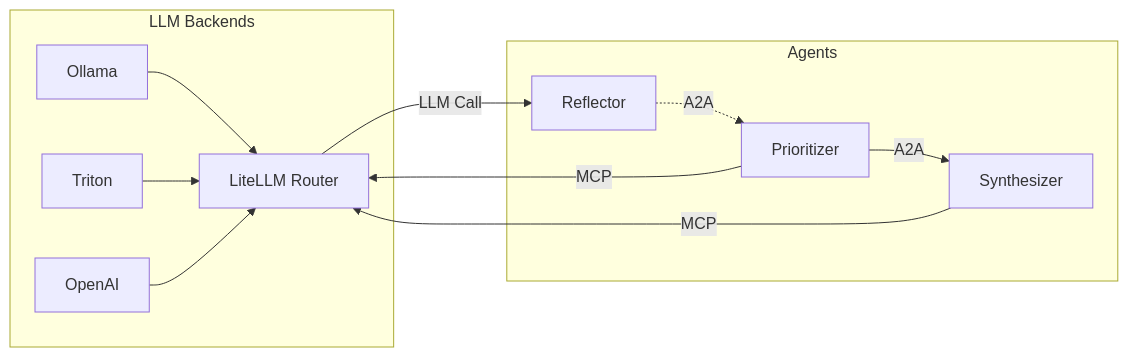
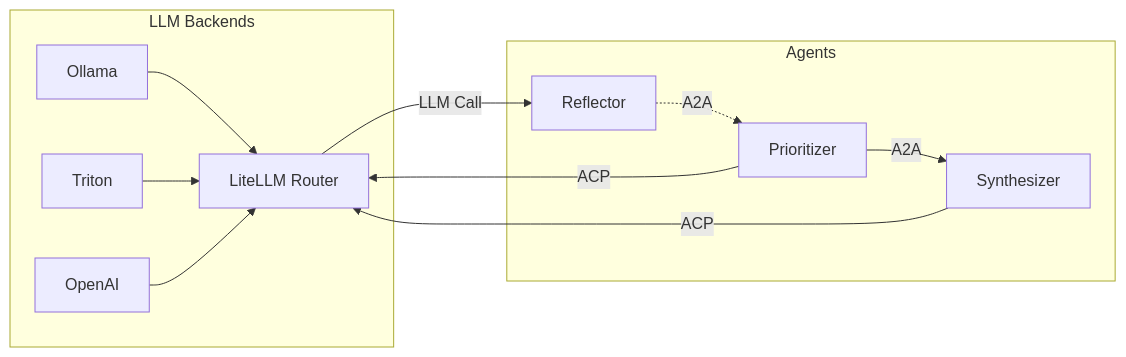
Before and after one commit to SPRIME01/AINative: the second of 4 diagrams in docs/scratch/Edge AI Agent Setup copy.md, drawn with Mermaid. The commit also changed other lines of this file and 20 other files, not shown here.

First line of the commit message:
Refactor documentation and code references from Model Context Protocol (MCP) to Agent Context Protocol (ACP)

````diff
--- a/docs/scratch/Edge AI Agent Setup copy.md
+++ b/docs/scratch/Edge AI Agent Setup copy.md
@@ -956,17 +956,17 @@
 ```mermaid
 flowchart LR
   subgraph LLM Backends
     A1[Ollama] --> B[LiteLLM Router]
     A2[Triton] --> B
     A3[OpenAI] --> B
   end
 
   subgraph Agents
     R[Reflector] -.->|A2A| P[Prioritizer]
     P -->|A2A| S[Synthesizer]
-    S -->|MCP| B
-    P -->|MCP| B
+    S -->|ACP| B
+    P -->|ACP| B
   end
 
   B -->|LLM Call| R
 ```
````
